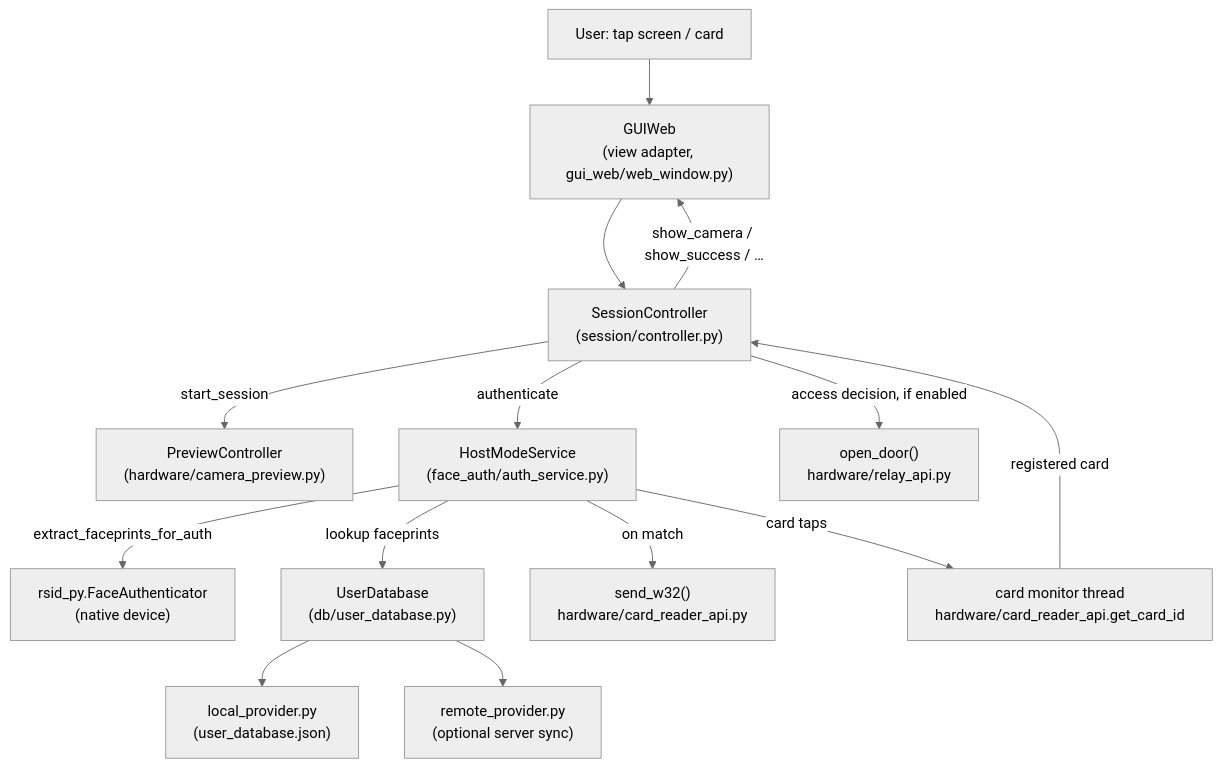
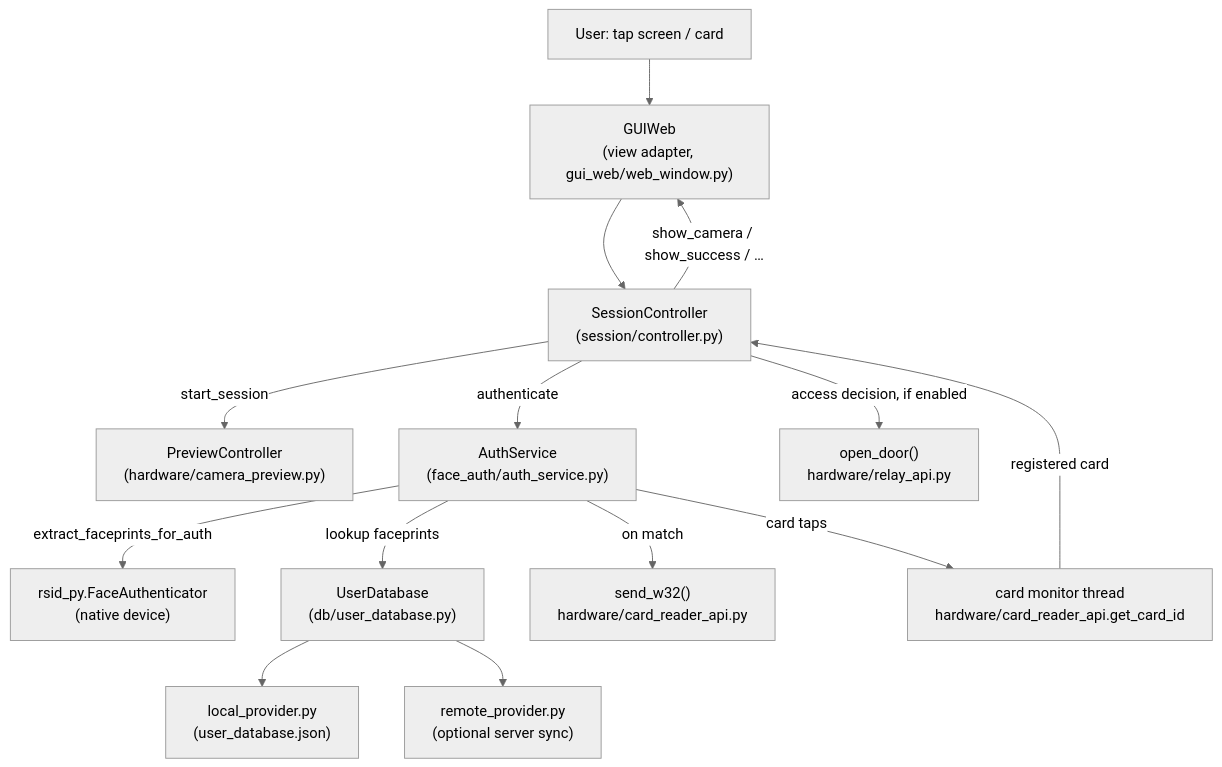
One commit to gekakud/RSID_Face_Guard changed the second of 2 diagrams in docs/ARCHITECTURE.md. Above: the diagram before and after it, drawn with Mermaid (neutral theme). The commit also changed other lines of this file and 7 other files, not shown here.

Commit message:
rename to AuthService

````diff
--- a/docs/ARCHITECTURE.md
+++ b/docs/ARCHITECTURE.md
@@ -235,16 +235,16 @@
 ```mermaid
 flowchart TD
     U["User: tap screen / card"] --> V["GUIWeb\n(view adapter, gui_web/web_window.py)"]
     V --> SC["SessionController\n(session/controller.py)"]
     SC -->|show_camera / show_success / …| V
     SC -->|start_session| PC["PreviewController\n(hardware/camera_preview.py)"]
-    SC -->|authenticate| HMS["HostModeService\n(face_auth/auth_service.py)"]
+    SC -->|authenticate| HMS["AuthService\n(face_auth/auth_service.py)"]
     HMS -->|extract_faceprints_for_auth| RSID["rsid_py.FaceAuthenticator\n(native device)"]
     HMS -->|lookup faceprints| DB["UserDatabase\n(db/user_database.py)"]
     DB --> LP["local_provider.py\n(user_database.json)"]
     DB --> RP["remote_provider.py\n(optional server sync)"]
     HMS -->|on match| WG["send_w32()\nhardware/card_reader_api.py"]
     SC -->|"access decision, if enabled"| RL["open_door()\nhardware/relay_api.py"]
     HMS -->|card taps| CM["card monitor thread\nhardware/card_reader_api.get_card_id"]
     CM -->|registered card| SC
 ```
````
